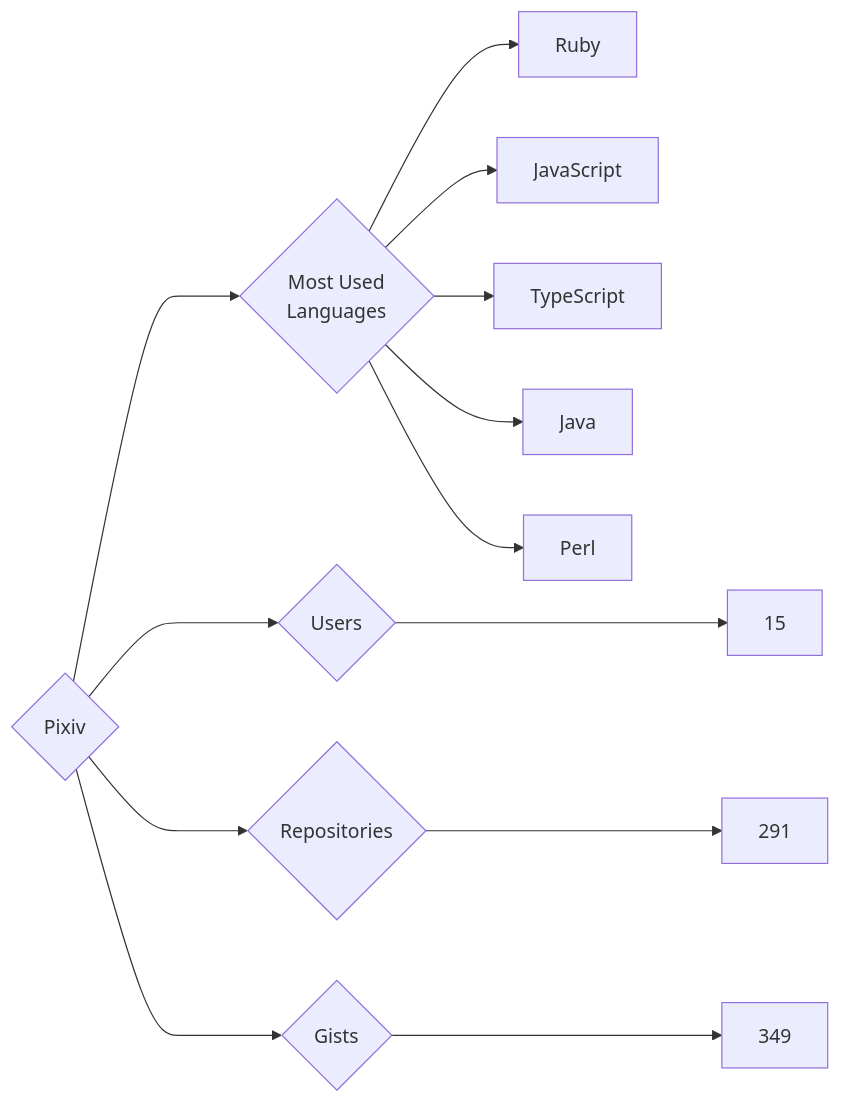
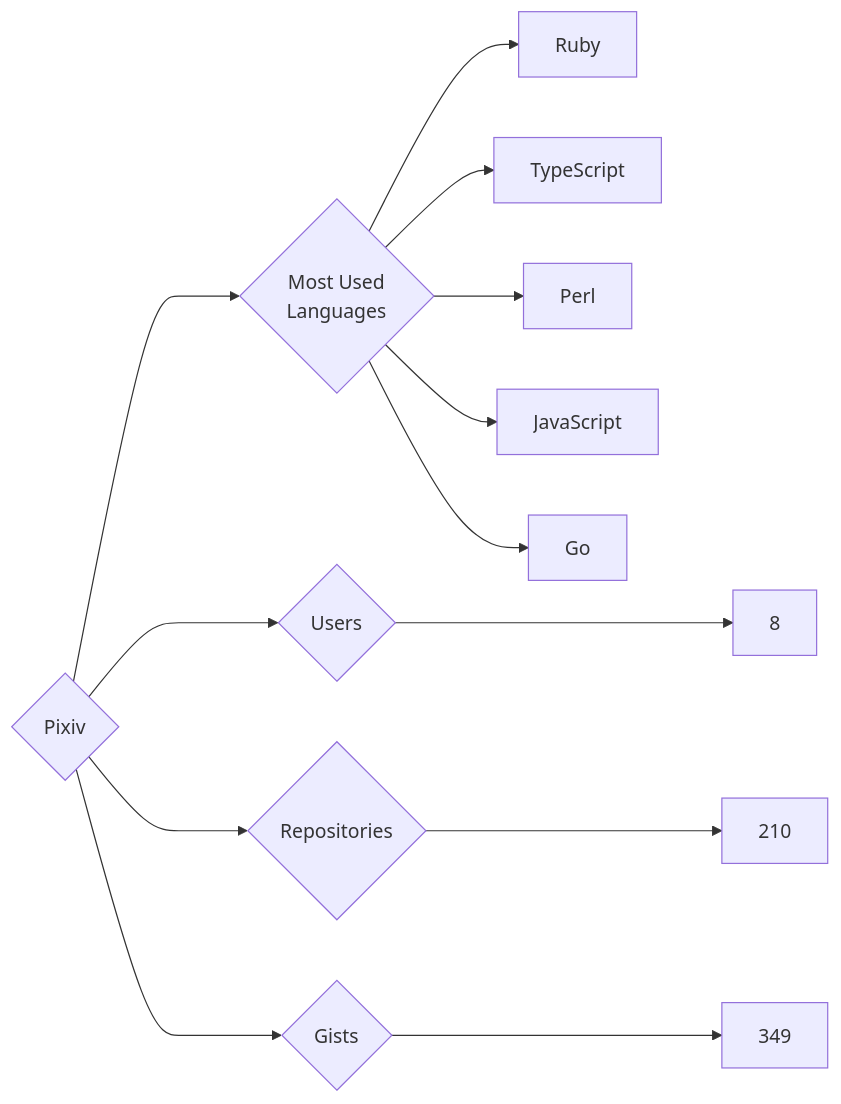
One commit to trickest/insiders changed the diagram in targets/Pixiv/README.md. Above: the diagram before and after it, drawn with Mermaid. The commit also changed 1248 other files, not shown here.

````diff
--- a/targets/Pixiv/README.md
+++ b/targets/Pixiv/README.md
@@ -3,13 +3,13 @@
 ```mermaid
 graph LR
 COMPANY_NAME{Pixiv}
-COMPANY_NAME ---> U{Users} ---> UN[15]
-COMPANY_NAME ---> R{Repositories} ---> RN[291]
+COMPANY_NAME ---> U{Users} ---> UN[8]
+COMPANY_NAME ---> R{Repositories} ---> RN[210]
 COMPANY_NAME ---> G{Gists} ---> GN[349]
 COMPANY_NAME ---> ML{Most Used<br>Languages}
 ML --> Ruby[Ruby]
+ML --> TypeScript[TypeScript]
+ML --> Perl[Perl]
 ML --> JavaScript[JavaScript]
-ML --> TypeScript[TypeScript]
-ML --> Java[Java]
-ML --> Perl[Perl]
+ML --> Go[Go]
 ```
````
